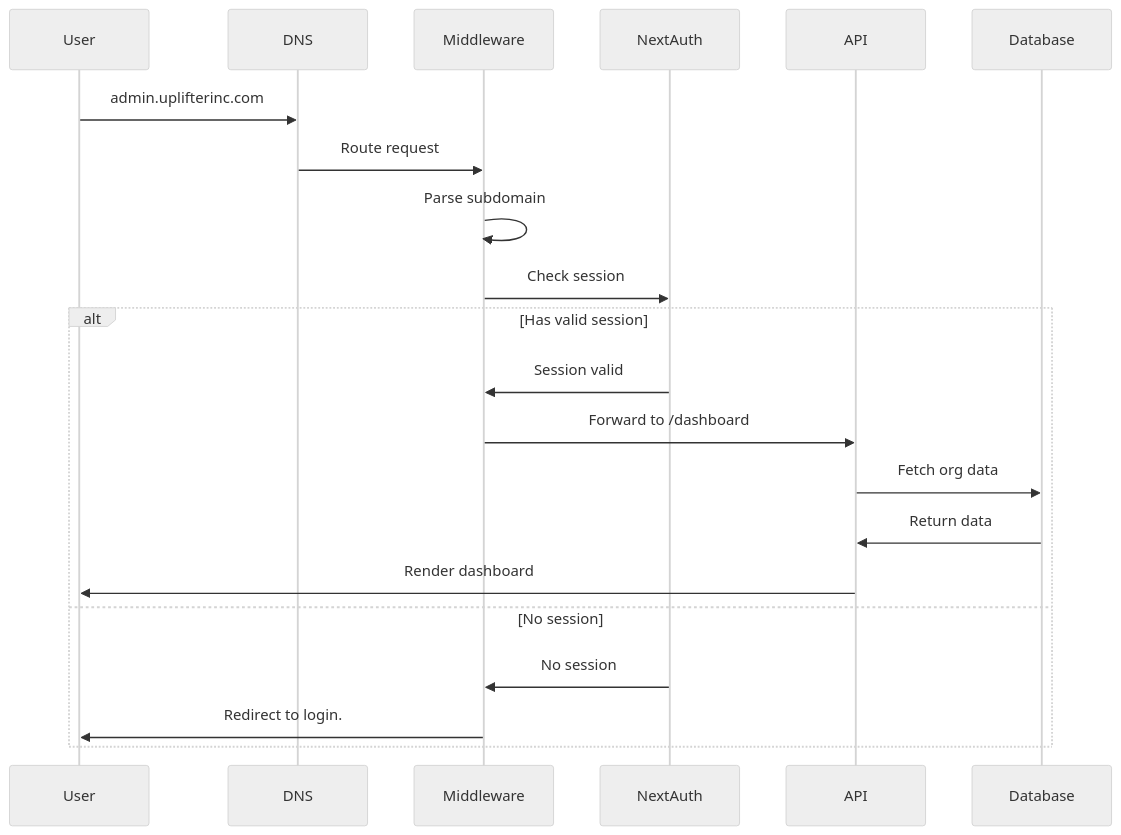
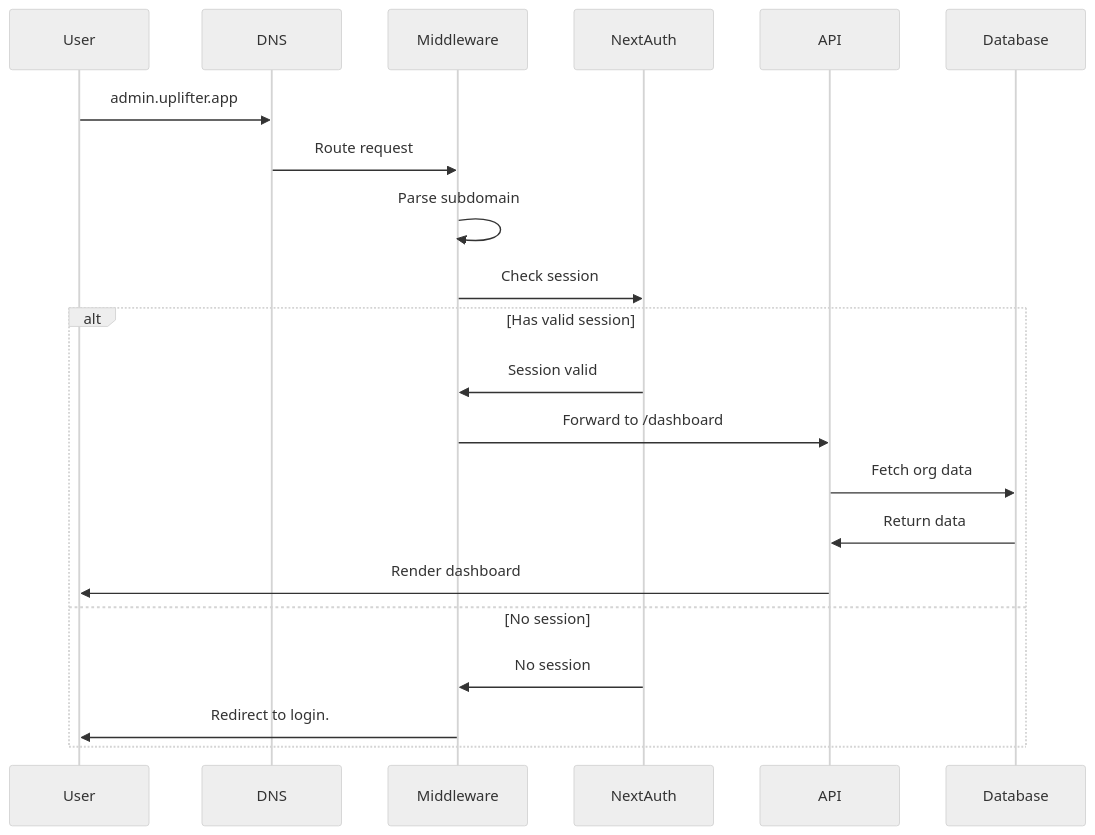
One commit to nadilifter/twizzle changed the third of 4 diagrams in docs/platform-architecture.md. Above: the diagram before and after it, drawn with Mermaid (neutral theme). The commit also changed other lines of this file and 43 other files, not shown here.

First line of the commit message:
chore: migrate production domain from uplifterinc.com to uplifter.app

````diff
--- a/docs/platform-architecture.md
+++ b/docs/platform-architecture.md
@@ -165,25 +165,25 @@
 ```mermaid
 sequenceDiagram
     participant User
     participant DNS
     participant Middleware
     participant NextAuth
     participant API
     participant Database
 
-    User->>DNS: admin.uplifterinc.com
+    User->>DNS: admin.uplifter.app
     DNS->>Middleware: Route request
     Middleware->>Middleware: Parse subdomain
     Middleware->>NextAuth: Check session
 
     alt Has valid session
         NextAuth->>Middleware: Session valid
         Middleware->>API: Forward to /dashboard
         API->>Database: Fetch org data
         Database->>API: Return data
         API->>User: Render dashboard
     else No session
         NextAuth->>Middleware: No session
         Middleware->>User: Redirect to login.
     end
 ```
````
